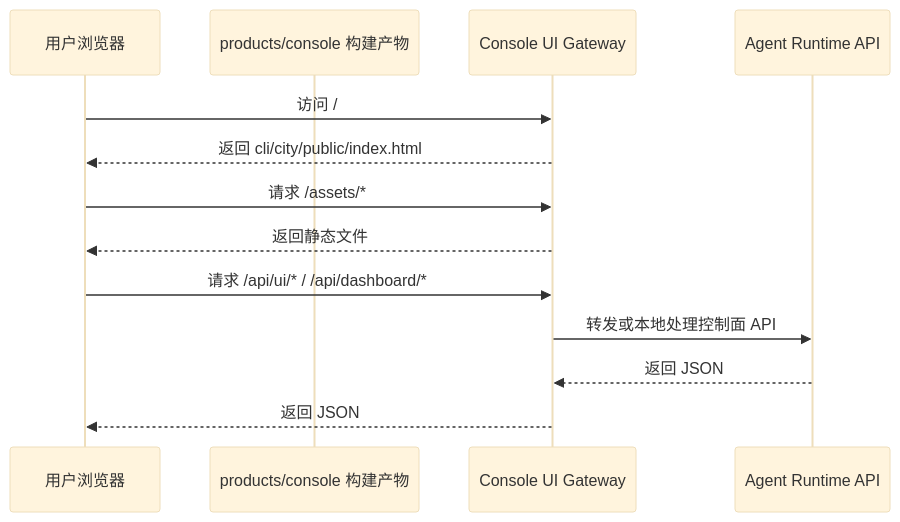
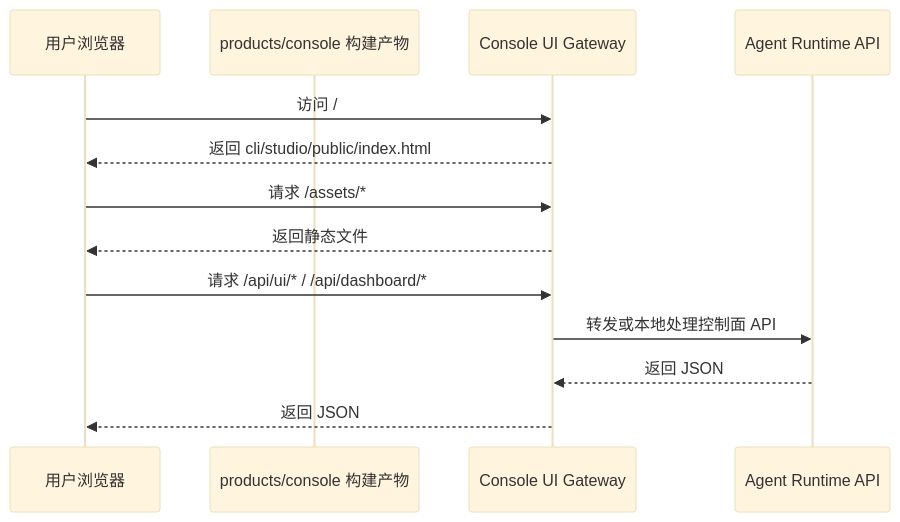
One commit to wangenius/downcity changed the diagram in homepage/content/devdocs/zh/console-ui/build-and-runtime.mdx. Above: the diagram before and after it, drawn with Mermaid (base theme). The commit also changed other lines of this file and 28 other files, not shown here.

Commit message:
refactor(cli): move console assets into studio

````diff
--- a/homepage/content/devdocs/zh/console-ui/build-and-runtime.mdx
+++ b/homepage/content/devdocs/zh/console-ui/build-and-runtime.mdx
@@ -75,16 +75,16 @@
 ```mermaid
 sequenceDiagram
   participant U as 用户浏览器
   participant C as products/console 构建产物
   participant G as Console UI Gateway
   participant R as Agent Runtime API
 
   U->>G: 访问 /
-  G-->>U: 返回 cli/city/public/index.html
+  G-->>U: 返回 cli/studio/public/index.html
   U->>G: 请求 /assets/*
   G-->>U: 返回静态文件
   U->>G: 请求 /api/ui/* / /api/dashboard/*
   G->>R: 转发或本地处理控制面 API
   R-->>G: 返回 JSON
   G-->>U: 返回 JSON
 ```
````
